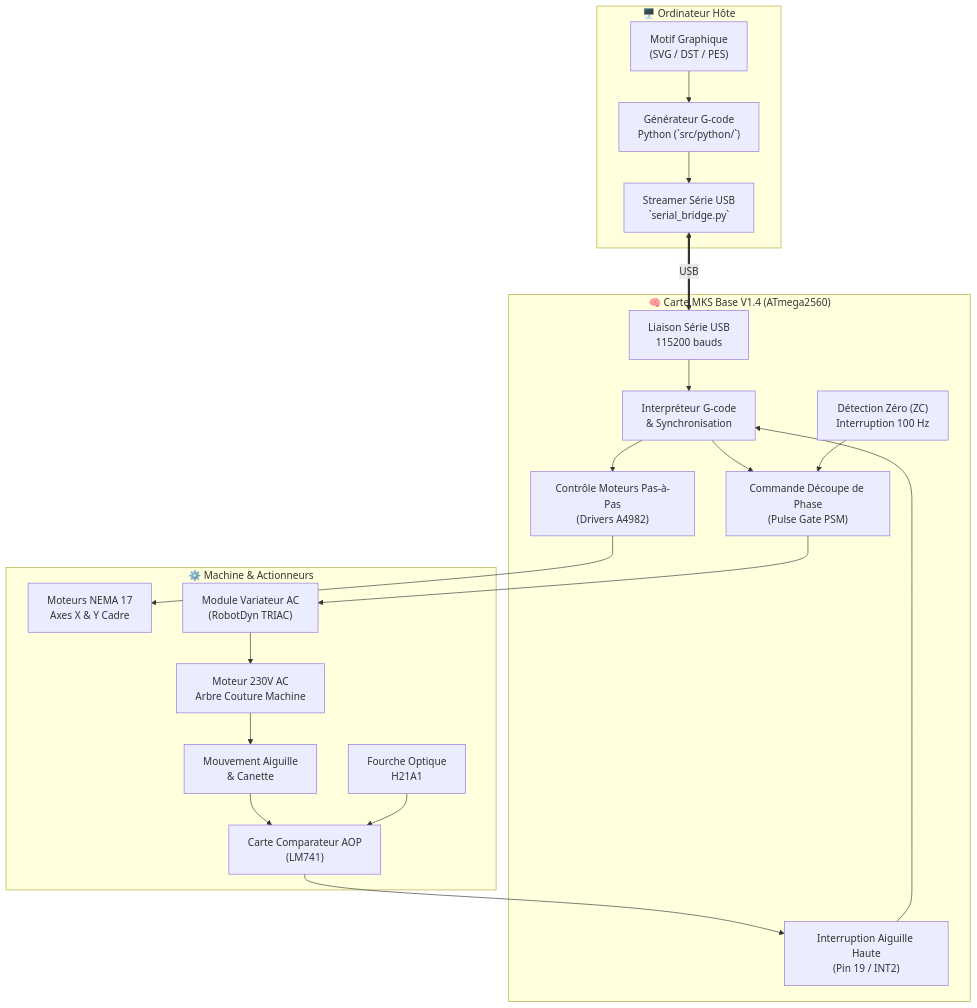
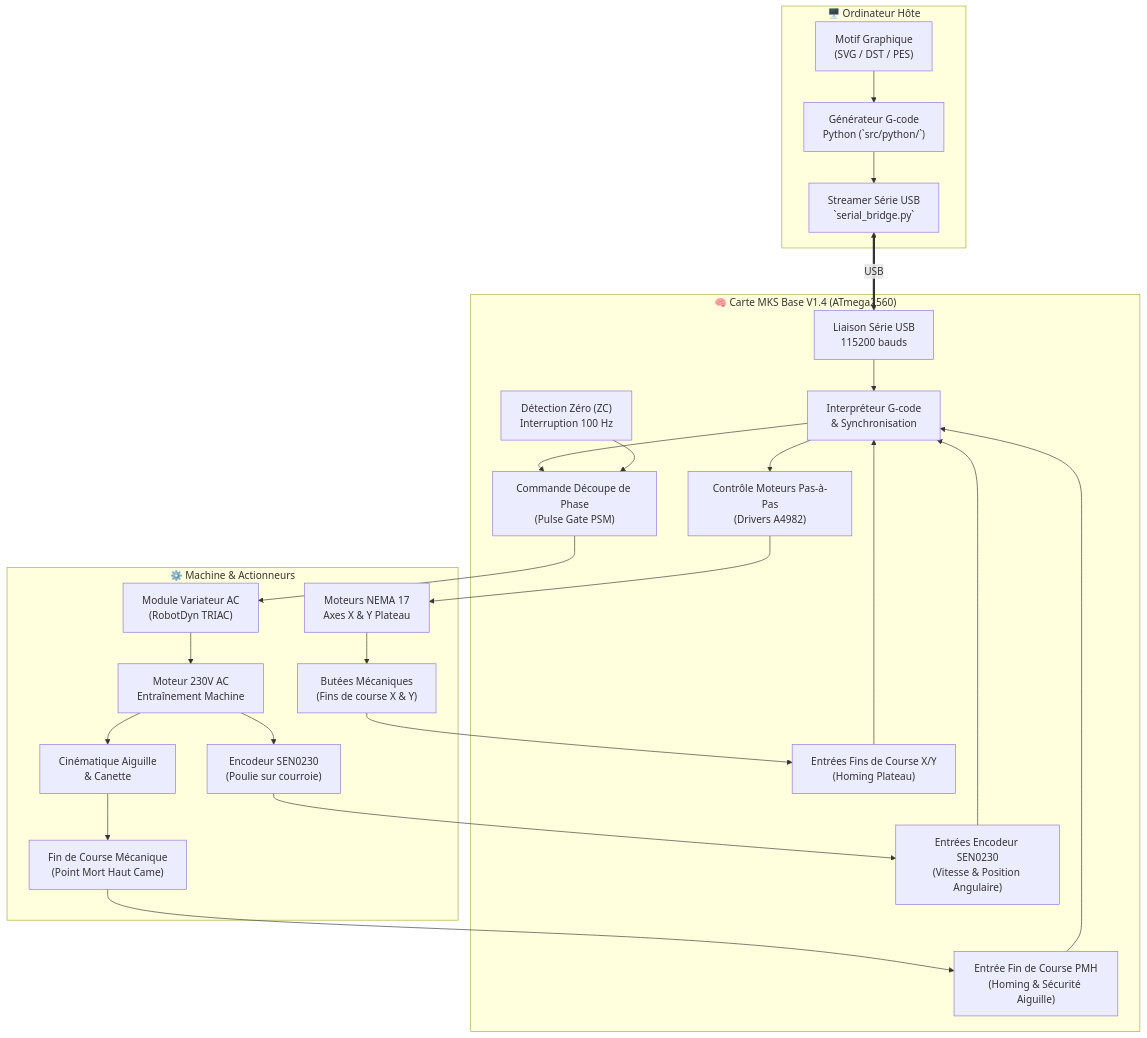
One commit to RhomDev/projet_synth-se_broderie changed the diagram in docs/00_Tableau_de_Bord.md. Above: the diagram before and after it, drawn with Mermaid. The commit also changed other lines of this file and 24 other files, not shown here.

````diff
--- a/docs/00_Tableau_de_Bord.md
+++ b/docs/00_Tableau_de_Bord.md
@@ -68,27 +75,32 @@
 ```mermaid
 flowchart TD
     subgraph PC["🖥️ Ordinateur Hôte"]
         Motif["Motif Graphique<br>(SVG / DST / PES)"] --> Traitement["Générateur G-code<br>Python (`src/python/`)"]
         Traitement --> Streamer["Streamer Série USB<br>`serial_bridge.py`"]
     end
 
     subgraph MKS["🧠 Carte MKS Base V1.4 (ATmega2560)"]
         USB["Liaison Série USB<br>115200 bauds"] --> Parser["Interpréteur G-code<br>& Synchronisation"]
         Parser --> ControlStep["Contrôle Moteurs Pas-à-Pas<br>(Drivers A4982)"]
         Parser --> ControlAC["Commande Découpe de Phase<br>(Pulse Gate PSM)"]
         ZeroCross["Détection Zéro (ZC)<br>Interruption 100 Hz"] --> ControlAC
-        IntAig["Interruption Aiguille Haute<br>(Pin 19 / INT2)"] --> Parser
+        EndstopAig["Entrée Fin de Course PMH<br>(Homing & Sécurité Aiguille)"] --> Parser
+        EncoderIn["Entrées Encodeur SEN0230<br>(Vitesse & Position Angulaire)"] --> Parser
+        EndstopsXY["Entrées Fins de Course X/Y<br>(Homing Plateau)"] --> Parser
     end
 
     subgraph Hardware["⚙️ Machine & Actionneurs"]
-        ControlStep --> MotXY["Moteurs NEMA 17<br>Axes X & Y Cadre"]
+        ControlStep --> MotXY["Moteurs NEMA 17<br>Axes X & Y Plateau"]
         ControlAC --> Dimmer["Module Variateur AC<br>(RobotDyn TRIAC)"]
-        Dimmer --> MotCouture["Moteur 230V AC<br>Arbre Couture Machine"]
-        MotCouture --> Mecanisme["Mouvement Aiguille<br>& Canette"]
-        Mecanisme --> AOP["Carte Comparateur AOP<br>(LM741)"]
-        AOP --> IntAig
-        Fourche["Fourche Optique<br>H21A1"] --> AOP
+        Dimmer --> MotCouture["Moteur 230V AC<br>Entraînement Machine"]
+        MotCouture --> Mecanisme["Cinématique Aiguille<br>& Canette"]
+        Mecanisme --> EndstopSwitch["Fin de Course Mécanique<br>(Point Mort Haut Came)"]
+        EndstopSwitch --> EndstopAig
+        MotCouture --> EncoderDevice["Encodeur SEN0230<br>(Poulie sur courroie)"]
+        EncoderDevice --> EncoderIn
+        MotXY --> PlateauLimit["Butées Mécaniques<br>(Fins de course X & Y)"]
+        PlateauLimit --> EndstopsXY
     end
 
     Streamer <== USB ==> USB
 ```
````
